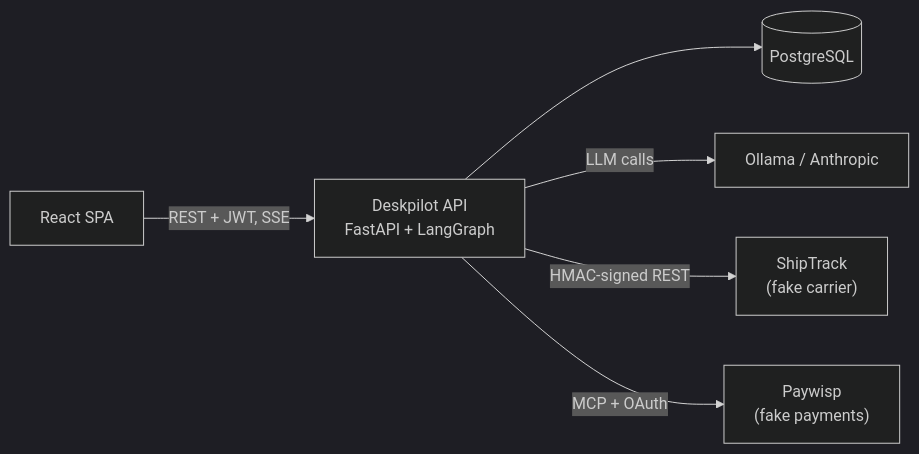
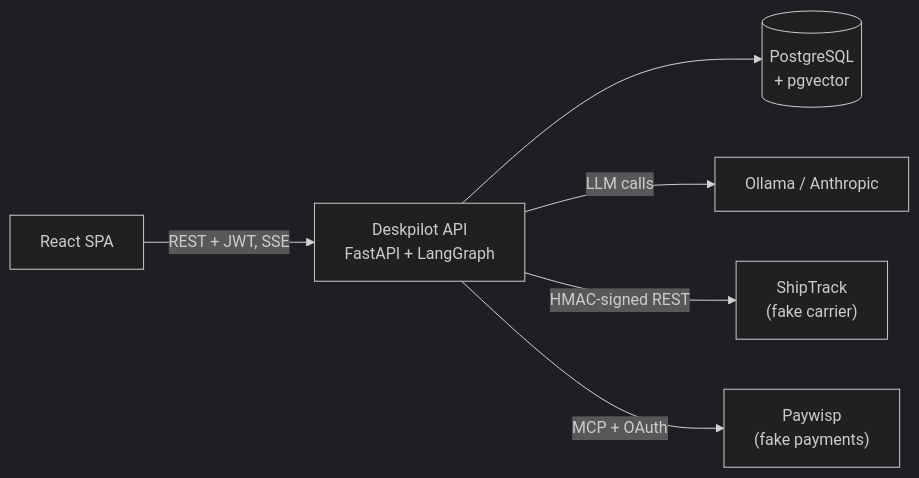
The diagram in README.md (olegood/deskpilot), drawn with Mermaid (dark theme) before and after one commit. The commit also changed other lines of this file and 5 other files, not shown here.

````diff
--- a/README.md
+++ b/README.md
@@ -63,8 +93,8 @@
 ```mermaid
 flowchart LR
-    SPA["React SPA"] -- " REST + JWT, SSE " --> API["Deskpilot API<br/>FastAPI + LangGraph"]
-    API --> PG[("PostgreSQL")]
-    API -- " LLM calls " --> LLM["Ollama / Anthropic"]
-    API -- " HMAC-signed REST " --> ST["ShipTrack<br/>(fake carrier)"]
-    API -- " MCP + OAuth " --> PW["Paywisp<br/>(fake payments)"]
+    SPA["React SPA"] -- "REST + JWT, SSE" --> API["Deskpilot API<br/>FastAPI + LangGraph"]
+    API --> PG[("PostgreSQL<br/>+ pgvector")]
+    API -- "LLM calls" --> LLM["Ollama / Anthropic"]
+    API -- "HMAC-signed REST" --> ST["ShipTrack<br/>(fake carrier)"]
+    API -- "MCP + OAuth" --> PW["Paywisp<br/>(fake payments)"]
 ```
````
